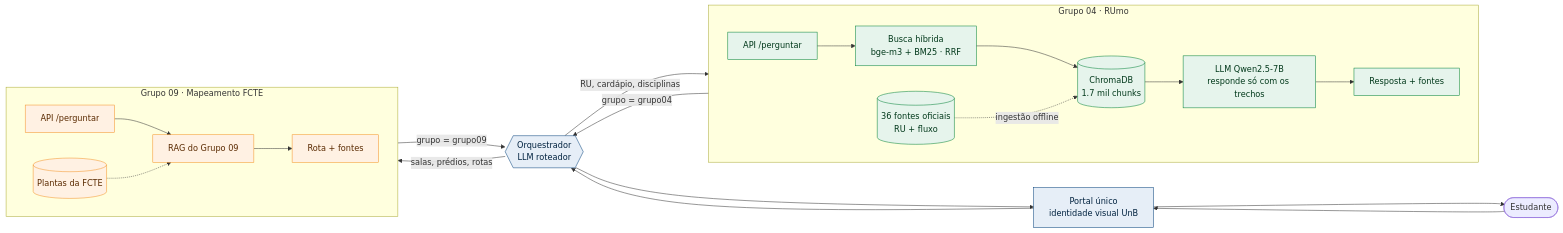
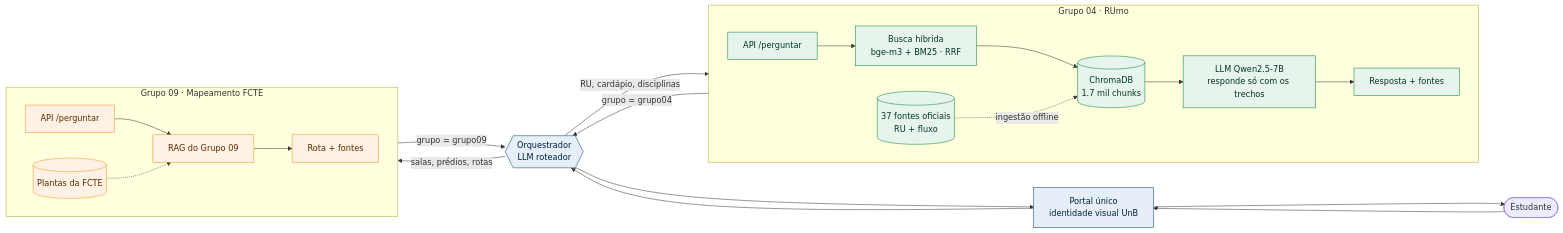
Before and after one commit to maykonjuso/residencia-grupo-4: the diagram in docs/visao/como-funciona.md, drawn with Mermaid. The commit also changed other lines of this file and 23 other files, not shown here.

````diff
--- a/docs/visao/como-funciona.md
+++ b/docs/visao/como-funciona.md
@@ -19,29 +19,29 @@
 ```mermaid
 flowchart LR
     E([Estudante]) --> P[Portal único<br/>identidade visual UnB]
     P --> O{{Orquestrador<br/>LLM roteador}}
     subgraph G04 [Grupo 04 · RUmo]
         direction LR
         A4[API /perguntar] --> B4[Busca híbrida<br/>bge-m3 + BM25 · RRF]
         B4 --> C4[(ChromaDB<br/>1.7 mil chunks)]
         C4 --> L4[LLM Qwen2.5-7B<br/>responde só com os trechos]
         L4 --> R4[Resposta + fontes]
-        K4[(36 fontes oficiais<br/>RU + fluxo)] -. ingestão offline .-> C4
+        K4[(37 fontes oficiais<br/>RU + fluxo)] -. ingestão offline .-> C4
     end
     subgraph G09 [Grupo 09 · Mapeamento FCTE]
         direction LR
         A9[API /perguntar] --> B9[RAG do Grupo 09] --> R9[Rota + fontes]
         K9[(Plantas da FCTE)] -.-> B9
     end
     O -- "RU, cardápio, disciplinas" --> A4
     O -- "salas, prédios, rotas" --> A9
     R4 -- "grupo = grupo04" --> O
     R9 -- "grupo = grupo09" --> O
     O --> P --> E
     classDef g04 fill:#e6f4ec,stroke:#008137,color:#00381a
     classDef g09 fill:#fff1e3,stroke:#f39325,color:#5a2a00
     classDef comum fill:#e6eef7,stroke:#003f7a,color:#00223f
     class A4,B4,C4,L4,R4,K4 g04
     class A9,B9,R9,K9 g09
     class P,O comum
 ```
````
